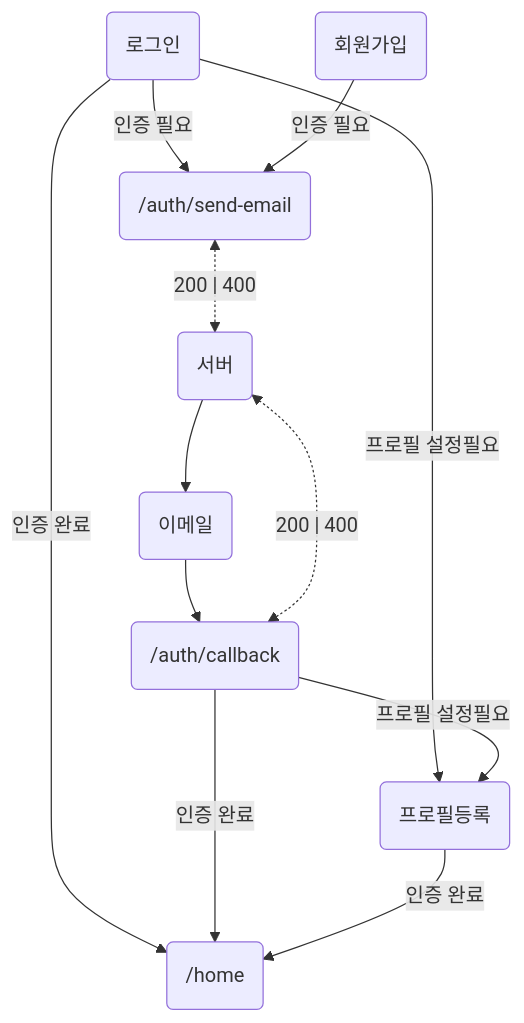
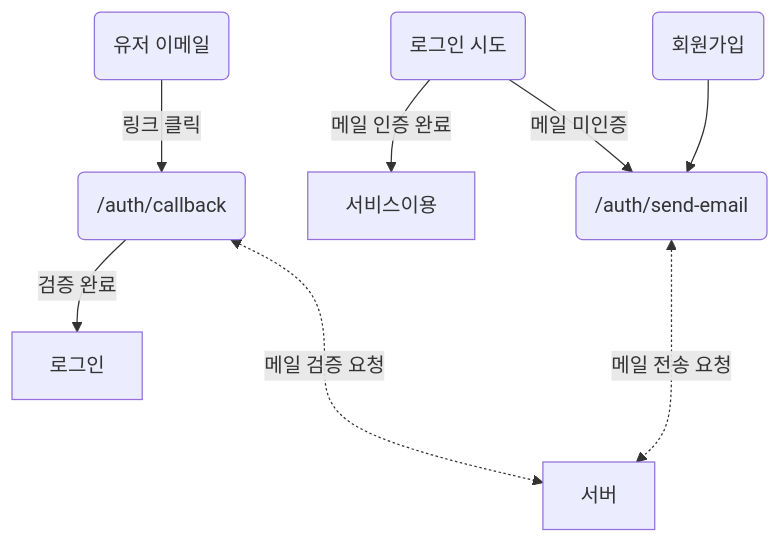
Before and after one commit to 42Seoul-Tea42/frontend: the fourth of 4 diagrams in app/auth/flow.md, drawn with Mermaid. The commit also changed other lines of this file and 11 other files, not shown here.

First line of the commit message:
feat callback 페이지와 send-email 페이지 추가

````diff
--- a/app/auth/flow.md
+++ b/app/auth/flow.md
@@ -57,23 +52,21 @@
 ```mermaid
 
 graph TD
 
-server(서버)
-email(이메일)
-login(로그인)
+email(유저 이메일)
+login(로그인 시도)
 signup(회원가입)
-profile(프로필등록)
-home(/home)
 send(/auth/send-email)
 callback(/auth/callback)
 
-login & signup -- 인증 필요 --> send
-login & callback & profile -- 인증 완료 --> home
-login & callback -- 프로필 설정필요 --> profile
+login -- 메일 인증 완료 --> 서비스이용
+login -- 메일 미인증 --> send
 
-send & callback <-.200 | 400 .-> server
+email -- 링크 클릭 --> callback
+signup --> send
 
-email --> callback
-server --> email
+callback -- 검증 완료 --> 로그인
+callback <-. 메일 검증 요청 ..-> 서버
+send <-. 메일 전송 요청 ..-> 서버
 
 ```
````
